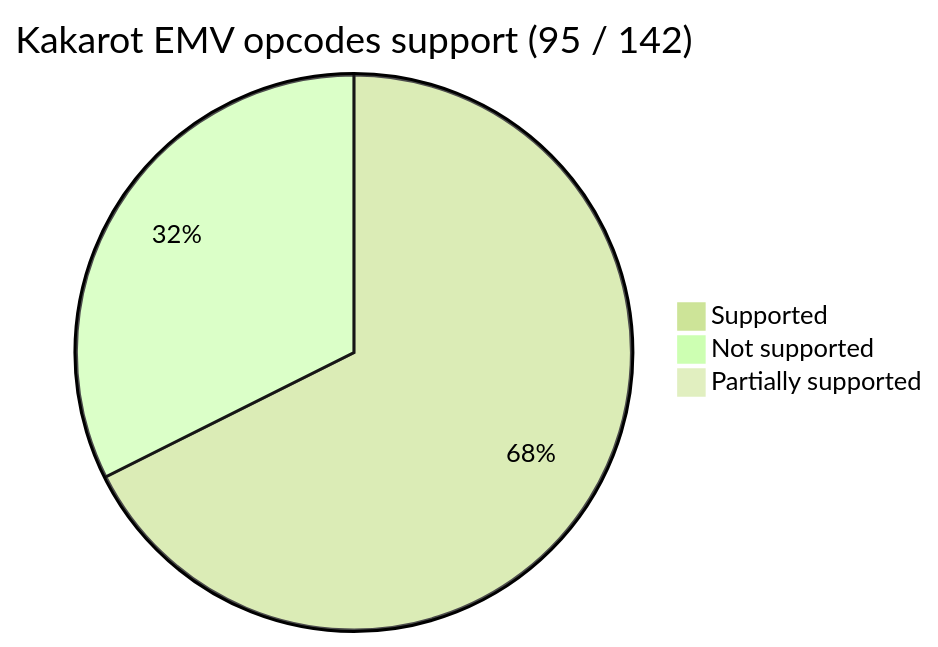
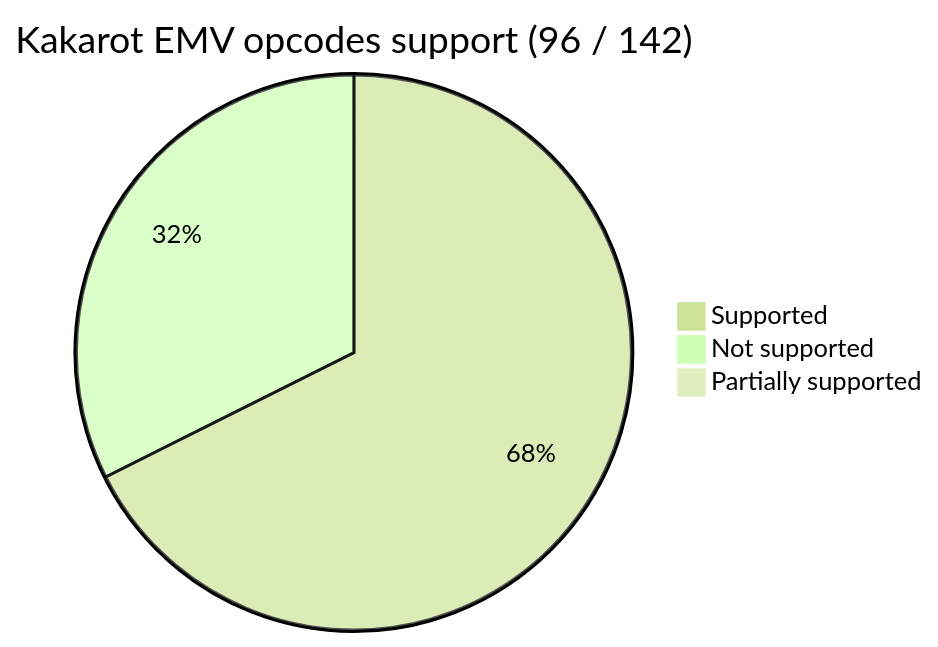
The first of 2 diagrams in README.md (kkrt-labs/kakarot), drawn with Mermaid before and after one commit. The commit also changed other lines of this file and 1 other file, not shown here.

Commit message:
👥 add etashhh

````diff
--- a/README.md
+++ b/README.md
@@ -40,9 +40,9 @@
 ```mermaid
 %%{init: {'theme': 'forest', 'themeVariables': { 'darkMode': 'false'}}}%%
 
-pie title Kakarot EMV opcodes support (95 / 142)
+pie title Kakarot EMV opcodes support (96 / 142)
     "Supported" : 96
     "Not supported" : 46
 
     "Partially supported" : 0
 ```
````
